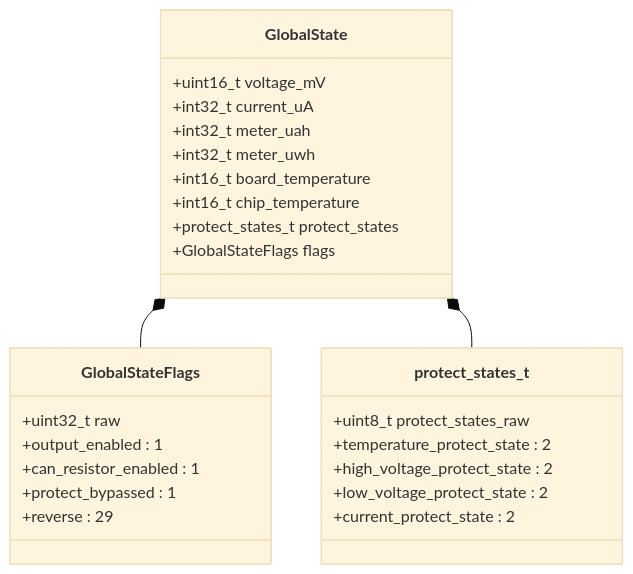
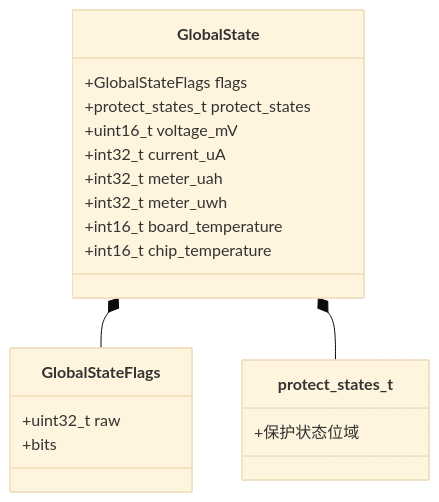
Before and after one commit to qingmeijiupiao/Wireless_power_meter_lite: the second of 2 diagrams in components/app/global_state/README.md, drawn with Mermaid (base theme). The commit also changed other lines of this file and 7 other files, not shown here.

````diff
--- a/components/app/global_state/README.md
+++ b/components/app/global_state/README.md
@@ -28,29 +36,22 @@
 ```mermaid
 classDiagram
     class GlobalState {
+        +GlobalStateFlags flags
+        +protect_states_t protect_states
         +uint16_t voltage_mV
         +int32_t current_uA
         +int32_t meter_uah
         +int32_t meter_uwh
         +int16_t board_temperature
         +int16_t chip_temperature
-        +protect_states_t protect_states
-        +GlobalStateFlags flags
     }
     class GlobalStateFlags {
         +uint32_t raw
-        +output_enabled : 1
-        +can_resistor_enabled : 1
-        +protect_bypassed : 1
-        +reverse : 29
+        +bits
     }
     class protect_states_t {
-        +uint8_t protect_states_raw
-        +temperature_protect_state : 2
-        +high_voltage_protect_state : 2
-        +low_voltage_protect_state : 2
-        +current_protect_state : 2
+        +保护状态位域
     }
     GlobalState *-- GlobalStateFlags
     GlobalState *-- protect_states_t
 ```
````
